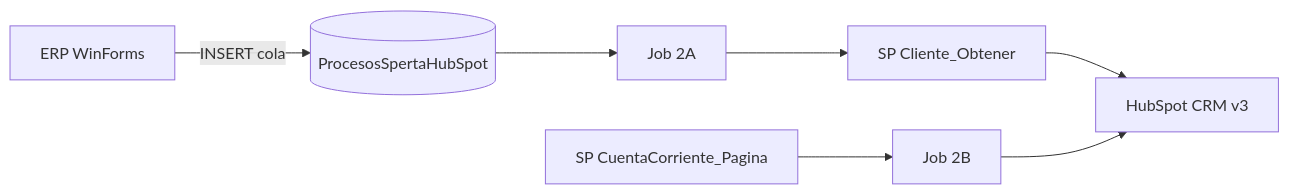
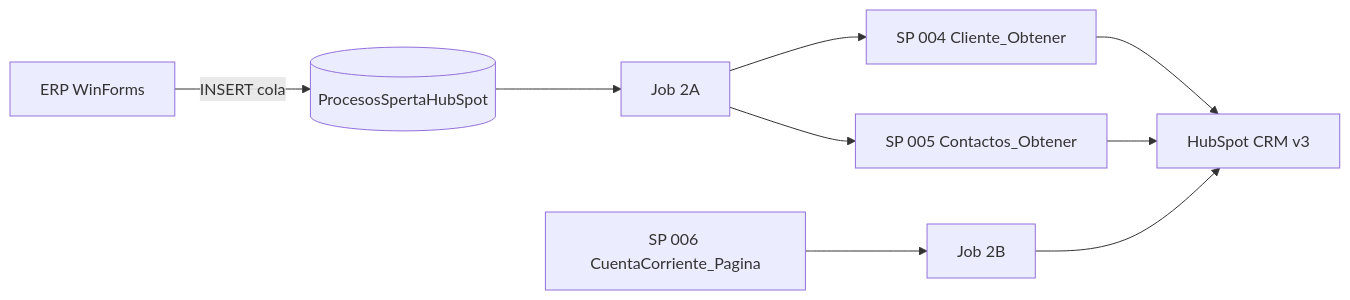
One commit to AlanLyok/InterfazHubSpot changed the diagram in README.md. Above: the diagram before and after it, drawn with Mermaid. The commit also changed other lines of this file and 59 other files, not shown here.

````diff
--- a/README.md
+++ b/README.md
@@ -21,9 +21,11 @@
 ```mermaid
 flowchart LR
   ERP[ERP WinForms] -->|INSERT cola| Q[(ProcesosSpertaHubSpot)]
   Q --> J2A[Job 2A]
-  J2A --> SP1[SP Cliente_Obtener]
-  SP1 --> HS[HubSpot CRM v3]
-  SP2[SP CuentaCorriente_Pagina] --> J2B[Job 2B]
+  J2A --> SP4[SP 004 Cliente_Obtener]
+  SP4 --> HS[HubSpot CRM v3]
+  J2A --> SP5[SP 005 Contactos_Obtener]
+  SP5 --> HS
+  SP6[SP 006 CuentaCorriente_Pagina] --> J2B[Job 2B]
   J2B --> HS
 ```
````
